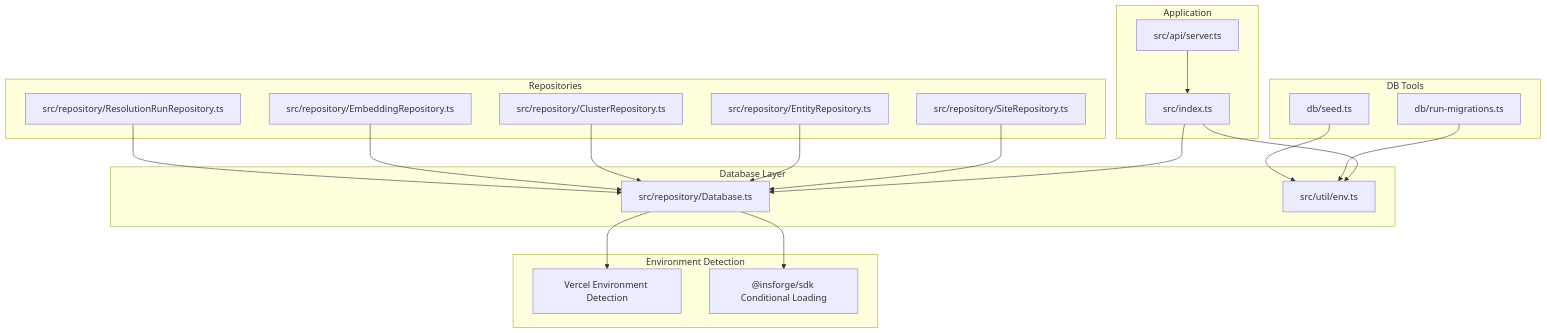
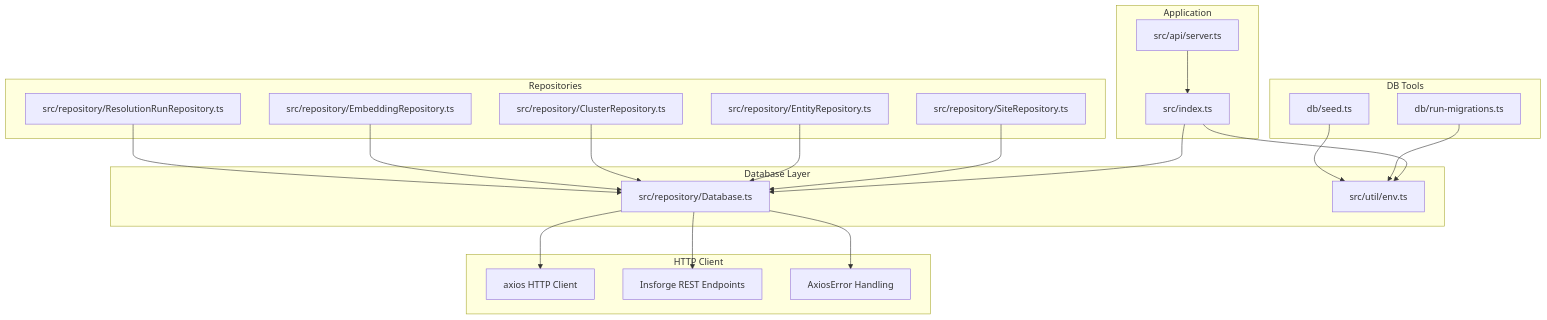
The first of 6 diagrams in .qoder/repowiki/en/content/Repository Layer/Database Abstraction.md (vishnusaibhosekar/ares), drawn with Mermaid before and after one commit. The commit also changed other lines of this file and 10 other files, not shown here.

````diff
--- a/.qoder/repowiki/en/content/Repository Layer/Database Abstraction.md
+++ b/.qoder/repowiki/en/content/Repository Layer/Database Abstraction.md
@@ -51,38 +53,40 @@
 ```mermaid
 graph TB
 subgraph "Application"
 IDX["src/index.ts"]
 SRV["src/api/server.ts"]
 end
 subgraph "Database Layer"
 DB["src/repository/Database.ts"]
 ENV["src/util/env.ts"]
 end
 subgraph "Repositories"
 SRepo["src/repository/SiteRepository.ts"]
 ERepo["src/repository/EntityRepository.ts"]
 CRepo["src/repository/ClusterRepository.ts"]
 EmbRepo["src/repository/EmbeddingRepository.ts"]
 RRRepo["src/repository/ResolutionRunRepository.ts"]
 end
 subgraph "DB Tools"
 MIG["db/run-migrations.ts"]
 SEED["db/seed.ts"]
 end
-subgraph "Environment Detection"
-VERCEL["Vercel Environment Detection"]
-SDK["@insforge/sdk Conditional Loading"]
+subgraph "HTTP Client"
+AXIOS["axios HTTP Client"]
+ENDPOINTS["Insforge REST Endpoints"]
+ERRORS["AxiosError Handling"]
 end
 IDX --> DB
 IDX --> ENV
 SRV --> IDX
 SRepo --> DB
 ERepo --> DB
 CRepo --> DB
 EmbRepo --> DB
 RRRepo --> DB
-DB --> VERCEL
-DB --> SDK
+DB --> AXIOS
+DB --> ENDPOINTS
+DB --> ERRORS
 MIG --> ENV
 SEED --> ENV
 ```
````
